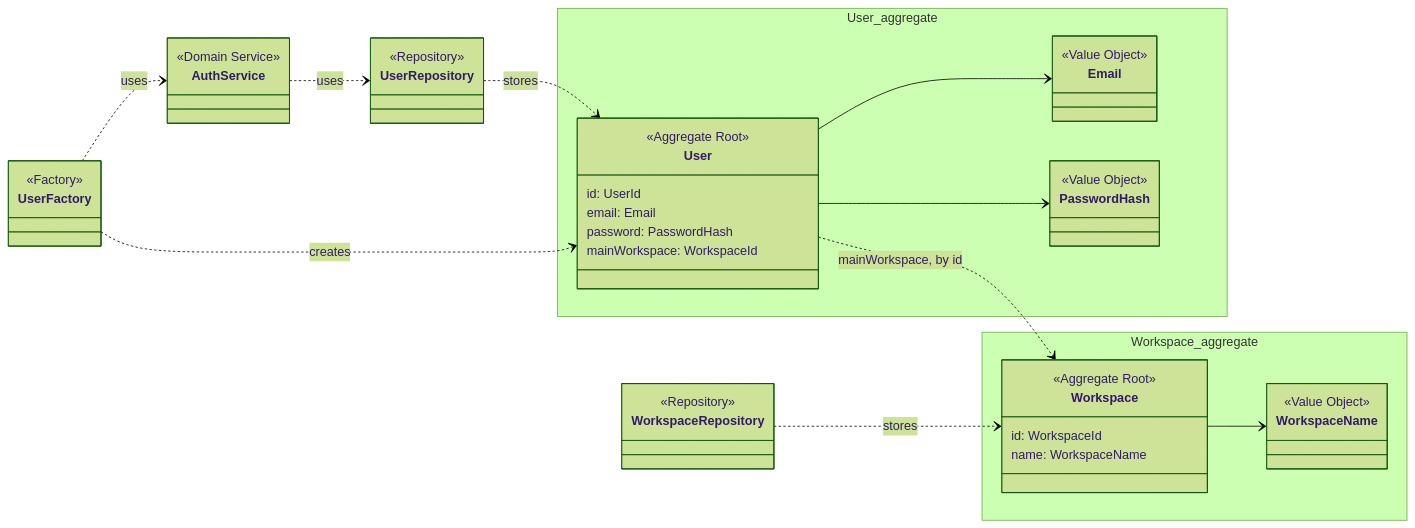
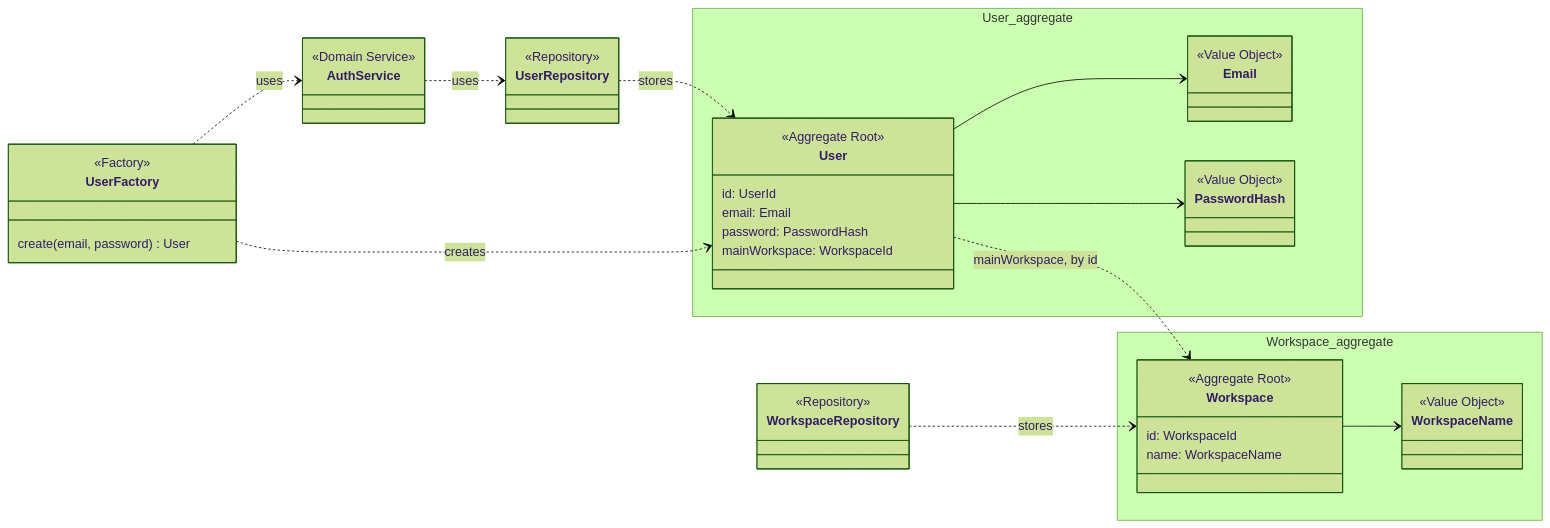
Before and after one commit to Bending-Forks/gotion: the first of 5 diagrams in _includes/tactical-design.md, drawn with Mermaid (forest theme). The commit also changed other lines of this file, not shown here.

````diff
--- a/_includes/tactical-design.md
+++ b/_includes/tactical-design.md
@@ -24,50 +24,51 @@
 ```mermaid
 classDiagram
   direction LR
   namespace User_aggregate {
     class User {
       <<Aggregate Root>>
       id: UserId
       email: Email
       password: PasswordHash
       mainWorkspace: WorkspaceId
     }
     class Email {
       <<Value Object>>
     }
     class PasswordHash {
       <<Value Object>>
     }
   }
   namespace Workspace_aggregate {
     class Workspace {
       <<Aggregate Root>>
       id: WorkspaceId
       name: WorkspaceName
     }
     class WorkspaceName {
       <<Value Object>>
     }
   }
   class UserRepository {
     <<Repository>>
   }
   class WorkspaceRepository {
     <<Repository>>
   }
   class UserFactory {
     <<Factory>>
+    create(email, password) User
   }
   class AuthService {
     <<Domain Service>>
   }
   User --> Email
   User --> PasswordHash
   Workspace --> WorkspaceName
   User ..> Workspace : mainWorkspace, by id
   UserRepository ..> User : stores
   WorkspaceRepository ..> Workspace : stores
   UserFactory ..> User : creates
   UserFactory ..> AuthService : uses
   AuthService ..> UserRepository : uses
 ```
````
